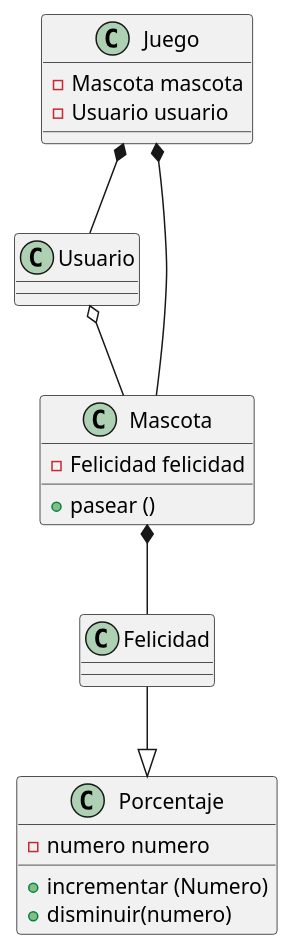
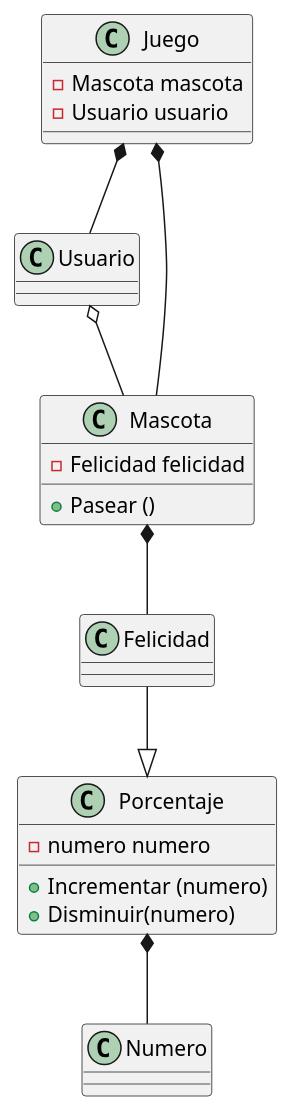
The diagram in docs/diagrama.puml (marck2325/mario-bros), drawn with PlantUML before and after one commit. The commit also changed 7 other files, not shown here.

```diff
--- a/docs/diagrama.puml
+++ b/docs/diagrama.puml
@@ -1,28 +1,30 @@
-@startuml
+@startuml nombre
 
 class Usuario 
+class Numero 
 class Mascota{
     -Felicidad felicidad 
-    +pasear ()
+    +Pasear ()
 }
 class Juego{
     -Mascota mascota 
     -Usuario usuario
 }
 class Felicidad{
 
 }
 class Porcentaje{
     -numero numero
-    +incrementar (Numero)
-    +disminuir(numero)
+    +Incrementar (numero)
+    +Disminuir(numero)
 }
 
+Porcentaje *-- Numero
 Usuario o-- Mascota
 Mascota *-- Felicidad
 Juego *-- Usuario
 Juego *-- Mascota 
 Felicidad --|> Porcentaje
 
 
 @enduml
```
